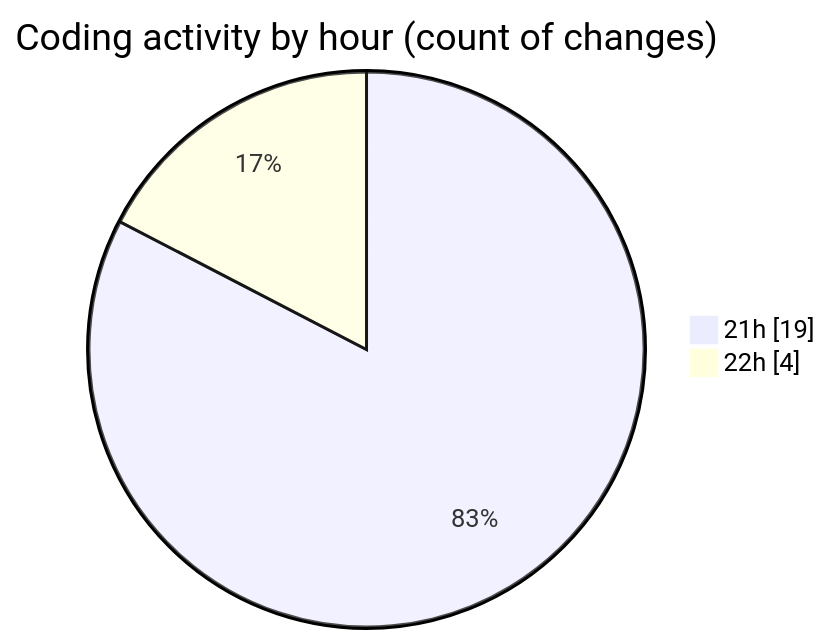
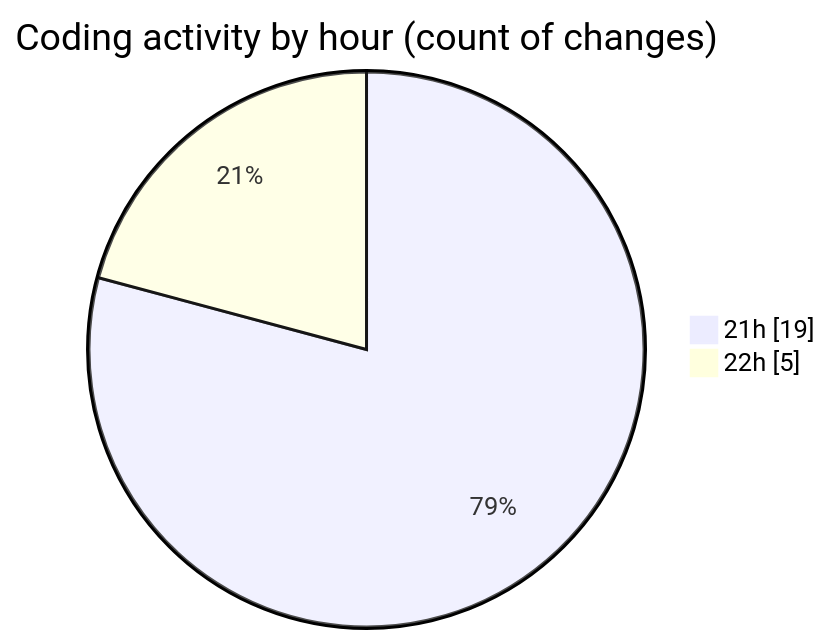
Before and after one commit to momahboobian/code-tracking: the second of 2 diagrams in 2025-01-14/github-activity-tracker/README.md, drawn with Mermaid. The commit also changed other lines of this file and 1 other file, not shown here.

````diff
--- a/2025-01-14/github-activity-tracker/README.md
+++ b/2025-01-14/github-activity-tracker/README.md
@@ -33,6 +33,6 @@
 ```mermaid
 pie showData
 title Coding activity by hour (count of changes)
 "21h" : 19
-"22h" : 4
+"22h" : 5
 ```
````
